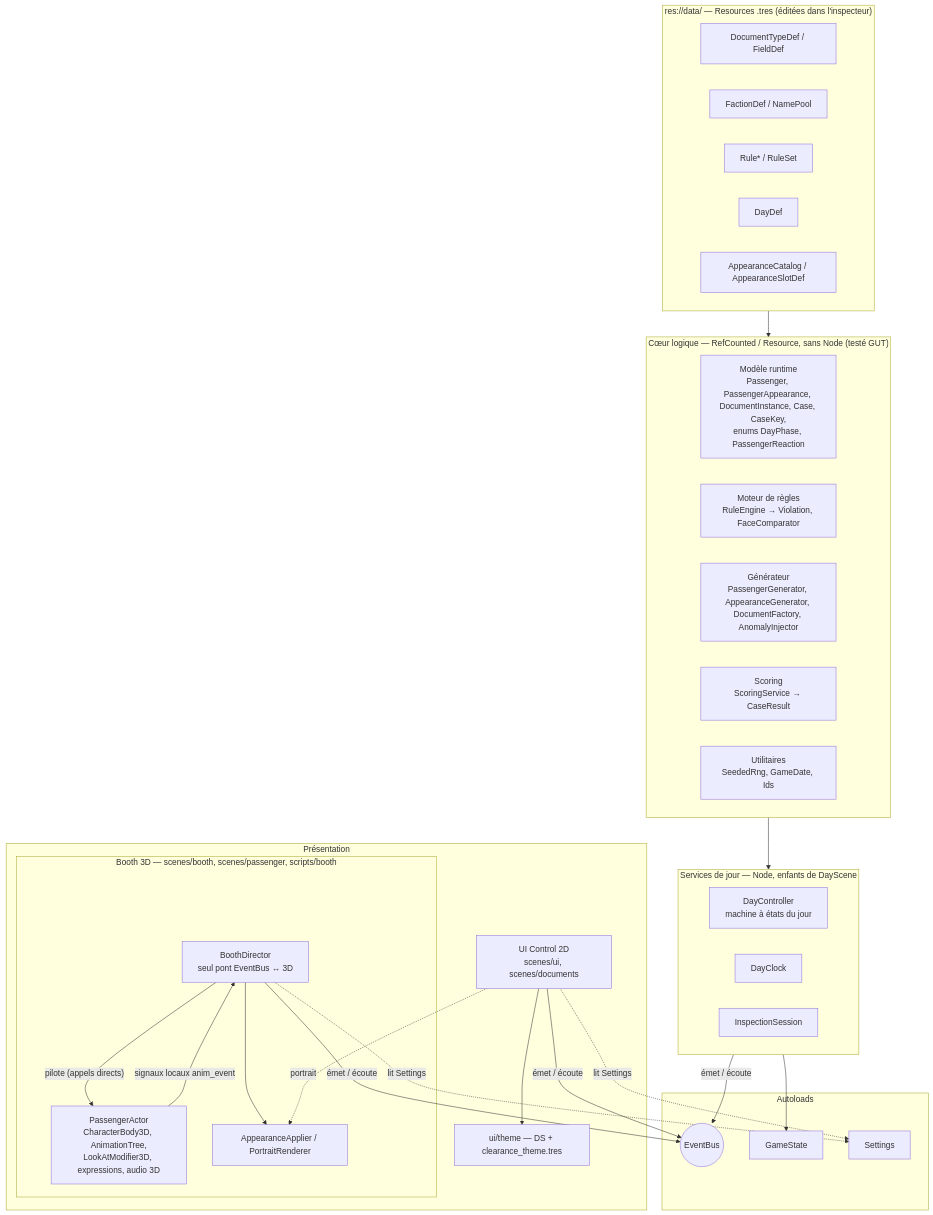
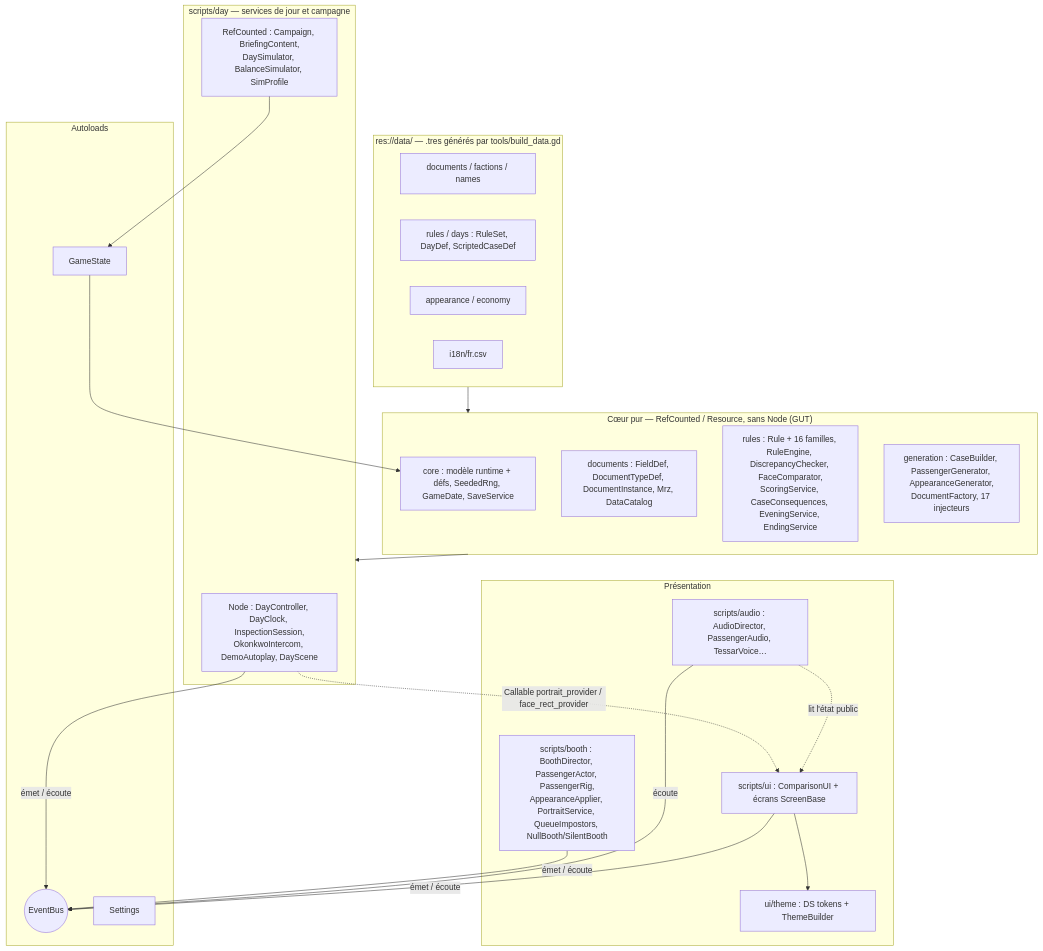
The first of 4 diagrams in docs/ARCHITECTURE.md (fs0ciety7000/clearance), drawn with Mermaid before and after one commit. The commit also changed other lines of this file, not shown here.

First line of the commit message:
ARCHITECTURE rév. 3 : documentation alignée sur le code réel, outils et pipelines, plan d'export

````diff
--- a/docs/ARCHITECTURE.md
+++ b/docs/ARCHITECTURE.md
@@ -28,54 +30,46 @@
 ```mermaid
 graph TD
-    subgraph DATA["res://data/ — Resources .tres (éditées dans l'inspecteur)"]
-        D1[DocumentTypeDef / FieldDef]
-        D2[FactionDef / NamePool]
-        D3[Rule* / RuleSet]
-        D4[DayDef]
-        D5[AppearanceCatalog / AppearanceSlotDef]
+    subgraph DATA["res://data/ — .tres générés par tools/build_data.gd"]
+        D1[documents / factions / names]
+        D2[rules / days : RuleSet, DayDef, ScriptedCaseDef]
+        D3[appearance / economy]
+        D4[i18n/fr.csv]
     end
 
-    subgraph CORE["Cœur logique — RefCounted / Resource, sans Node (testé GUT)"]
-        C1[Modèle runtime<br/>Passenger, PassengerAppearance, DocumentInstance, Case, CaseKey,<br/>enums DayPhase, PassengerReaction]
-        C2[Moteur de règles<br/>RuleEngine → Violation, FaceComparator]
-        C3[Générateur<br/>PassengerGenerator, AppearanceGenerator, DocumentFactory, AnomalyInjector]
-        C4[Scoring<br/>ScoringService → CaseResult]
-        C5[Utilitaires<br/>SeededRng, GameDate, Ids]
+    subgraph CORE["Cœur pur — RefCounted / Resource, sans Node (GUT)"]
+        C1[core : modèle runtime + défs, SeededRng, GameDate, SaveService]
+        C2[documents : FieldDef, DocumentTypeDef, DocumentInstance, Mrz, DataCatalog]
+        C3[rules : Rule + 16 familles, RuleEngine, DiscrepancyChecker, FaceComparator,<br/>ScoringService, CaseConsequences, EveningService, EndingService]
+        C4[generation : CaseBuilder, PassengerGenerator, AppearanceGenerator,<br/>DocumentFactory, 17 injecteurs]
     end
 
-    subgraph SERVICES["Services de jour — Node, enfants de DayScene"]
-        S1[DayController<br/>machine à états du jour]
-        S2[DayClock]
-        S3[InspectionSession]
+    subgraph DAYS["scripts/day — services de jour et campagne"]
+        S1[Node : DayController, DayClock, InspectionSession,<br/>OkonkwoIntercom, DemoAutoplay, DayScene]
+        S2[RefCounted : Campaign, BriefingContent,<br/>DaySimulator, BalanceSimulator, SimProfile]
     end
 
     subgraph AUTO["Autoloads"]
         A1((EventBus))
         A2[GameState]
         A3[Settings]
     end
 
     subgraph PRES["Présentation"]
-        subgraph BOOTH["Booth 3D — scenes/booth, scenes/passenger, scripts/booth"]
-            P1[BoothDirector<br/>seul pont EventBus ↔ 3D]
-            P4[PassengerActor<br/>CharacterBody3D, AnimationTree,<br/>LookAtModifier3D, expressions, audio 3D]
-            P5[AppearanceApplier / PortraitRenderer]
-        end
-        P2[UI Control 2D<br/>scenes/ui, scenes/documents]
-        P3[ui/theme — DS + clearance_theme.tres]
+        B1[scripts/booth : BoothDirector, PassengerActor, PassengerRig,<br/>AppearanceApplier, PortraitService, QueueImpostors, NullBooth/SilentBooth]
+        B2[scripts/audio : AudioDirector, PassengerAudio, TessarVoice…]
+        U1[scripts/ui : ComparisonUI + écrans ScreenBase]
+        U2[ui/theme : DS tokens + ThemeBuilder]
     end
 
     DATA --> CORE
-    CORE --> SERVICES
-    SERVICES -- émet / écoute --> A1
-    P1 -- émet / écoute --> A1
-    P2 -- émet / écoute --> A1
-    P1 -- pilote (appels directs) --> P4
-    P4 -- signaux locaux anim_event --> P1
-    P1 --> P5
-    P2 -. portrait .-> P5
-    SERVICES --> A2
-    P2 --> P3
-    P2 -. lit Settings .-> A3
-    P1 -. lit Settings .-> A3
+    CORE --> DAYS
+    S1 -- émet / écoute --> A1
+    S2 --> A2
+    B1 -- émet / écoute --> A1
+    B2 -- écoute --> A1
+    U1 -- émet / écoute --> A1
+    S1 -. Callable portrait_provider / face_rect_provider .-> U1
+    B2 -. lit l'état public .-> U1
+    U1 --> U2
+    A2 --> C1
 ```
````
